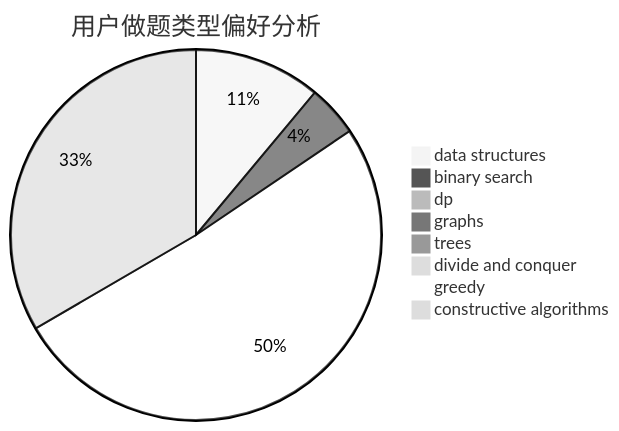
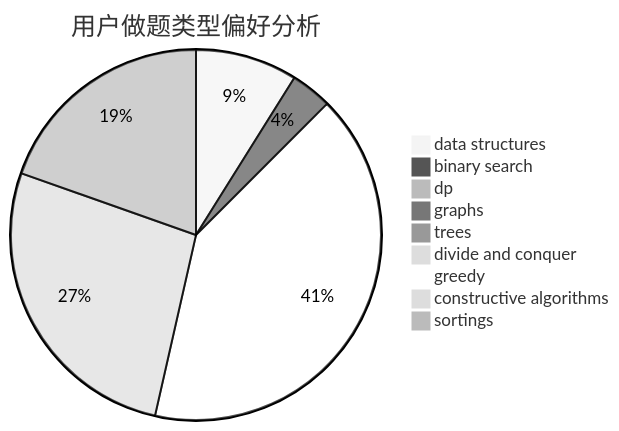
The second of 3 diagrams in docs/user/u356.md (sherpahu/cfrs.github.io), drawn with Mermaid (neutral theme) before and after one commit. The commit also changed other lines of this file and 2769 other files, not shown here.

````diff
--- a/docs/user/u356.md
+++ b/docs/user/u356.md
@@ -23,11 +18,12 @@
 ```mermaid
 pie title 用户做题类型偏好分析
     "data structures" :  114
     "binary search" :  46
     "dp" :  8
     "graphs" :  0
     "trees" :  8
     "divide and conquer" :  0
     "greedy" :  526
     "constructive algorithms" :  344
+    "sortings" :  251
 ```
````
